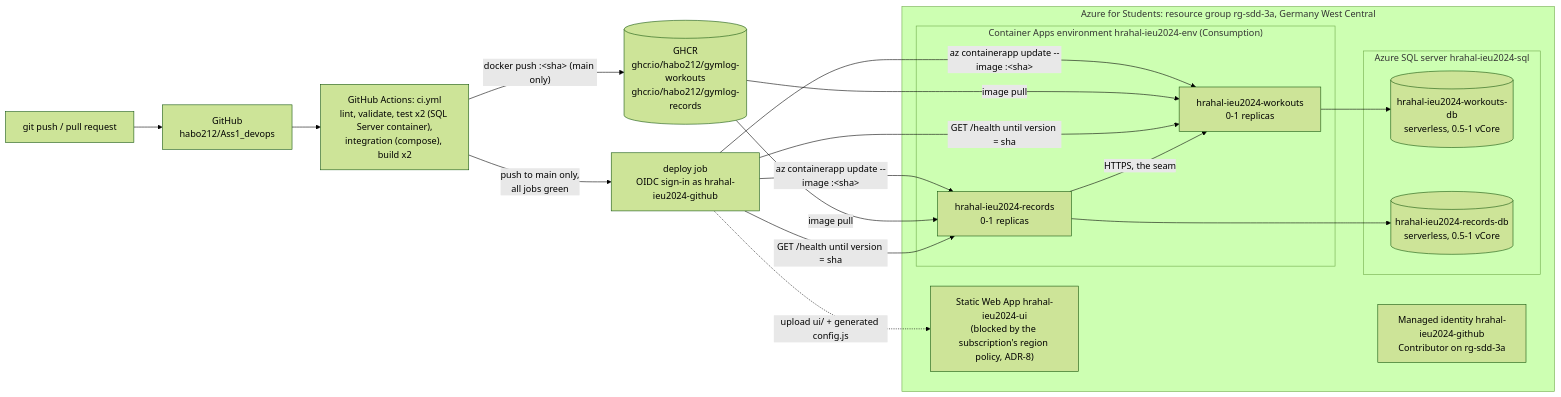
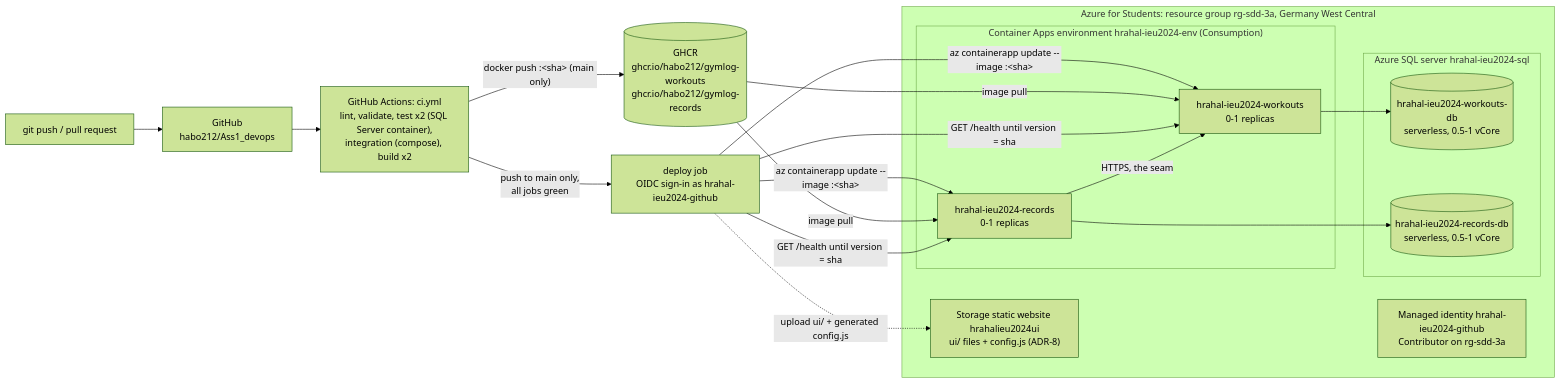
The fourth of 6 diagrams in docs/diagrams.md (habo212/Ass1_devops), drawn with Mermaid (forest theme) before and after one commit. The commit also changed 7 other files, not shown here.

First line of the commit message:
Serve the UI from a Storage static website so it runs on Azure despite the region policy

````diff
--- a/docs/diagrams.md
+++ b/docs/diagrams.md
@@ -124,28 +124,28 @@
 ```mermaid
 flowchart LR
     dev["git push / pull request"] --> gh["GitHub<br/>habo212/Ass1_devops"]
     gh --> ci["GitHub Actions: ci.yml<br/>lint, validate, test x2 (SQL Server container),<br/>integration (compose), build x2"]
     ci -->|"push to main only,<br/>all jobs green"| cd["deploy job<br/>OIDC sign-in as hrahal-ieu2024-github"]
     ci -->|"docker push :&lt;sha&gt; (main only)"| ghcr[("GHCR<br/>ghcr.io/habo212/gymlog-workouts<br/>ghcr.io/habo212/gymlog-records")]
 
     subgraph AZ["Azure for Students: resource group rg-sdd-3a, Germany West Central"]
         subgraph ENV["Container Apps environment hrahal-ieu2024-env (Consumption)"]
             caw["hrahal-ieu2024-workouts<br/>0-1 replicas"]
             car["hrahal-ieu2024-records<br/>0-1 replicas"]
         end
         subgraph SQL["Azure SQL server hrahal-ieu2024-sql"]
             dbw[("hrahal-ieu2024-workouts-db<br/>serverless, 0.5-1 vCore")]
             dbr[("hrahal-ieu2024-records-db<br/>serverless, 0.5-1 vCore")]
         end
-        swa["Static Web App hrahal-ieu2024-ui<br/>(blocked by the subscription's region policy, ADR-8)"]
+        swa["Storage static website hrahalieu2024ui<br/>ui/ files + config.js (ADR-8)"]
         mi["Managed identity hrahal-ieu2024-github<br/>Contributor on rg-sdd-3a"]
     end
 
     cd -->|"az containerapp update --image :&lt;sha&gt;"| caw & car
     ghcr -->|"image pull"| caw & car
     cd -.->|"upload ui/ + generated config.js"| swa
     cd -->|"GET /health until version = sha"| caw & car
     caw --> dbw
     car --> dbr
     car -->|"HTTPS, the seam"| caw
 ```
````
